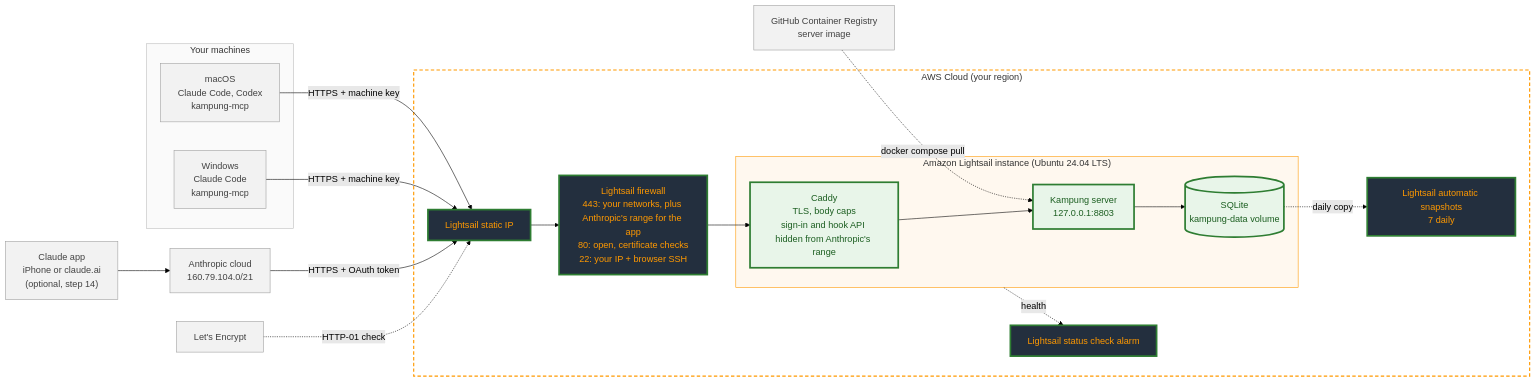
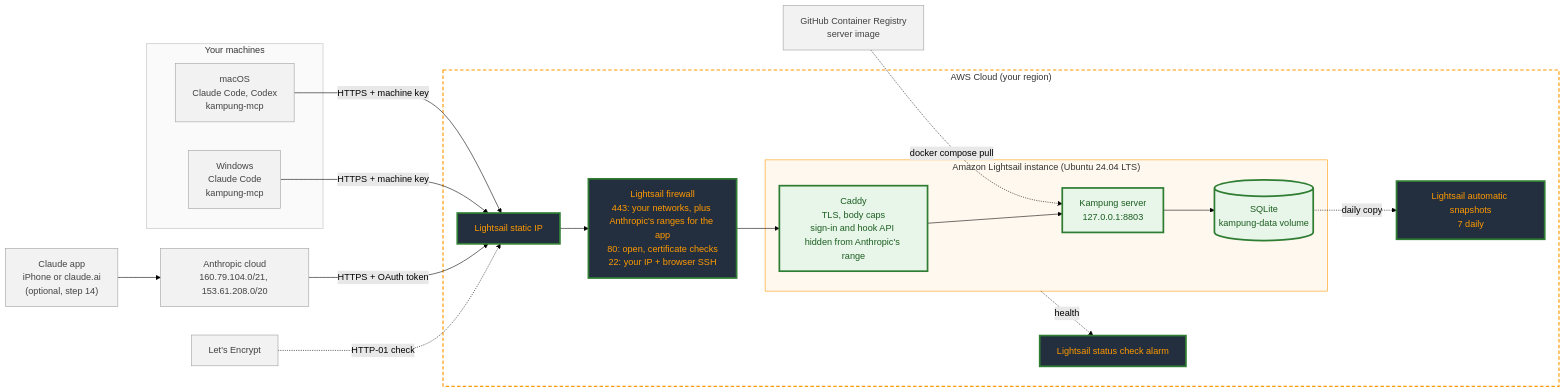
Before and after one commit to jztan/kampung-mcp: the diagram in docs/deploy-lightsail.md, drawn with Mermaid (forest theme). The commit also changed other lines of this file and 3 other files, not shown here.

Commit message:
docs, caddy: add Anthropic's second outbound range 153.61.208.0/20

````diff
--- a/docs/deploy-lightsail.md
+++ b/docs/deploy-lightsail.md
@@ -13,43 +13,43 @@
 ```mermaid
 flowchart LR
     subgraph clients["Your machines"]
         mac["macOS<br/>Claude Code, Codex<br/>kampung-mcp"]
         win["Windows<br/>Claude Code<br/>kampung-mcp"]
     end
     app["Claude app<br/>iPhone or claude.ai<br/>(optional, step 14)"]
-    anth["Anthropic cloud<br/>160.79.104.0/21"]
+    anth["Anthropic cloud<br/>160.79.104.0/21, 153.61.208.0/20"]
     le["Let's Encrypt"]
     ghcr["GitHub Container Registry<br/>server image"]
 
     subgraph aws["AWS Cloud (your region)"]
-        fw["Lightsail firewall<br/>443: your networks, plus Anthropic's range for the app<br/>80: open, certificate checks<br/>22: your IP + browser SSH"]
+        fw["Lightsail firewall<br/>443: your networks, plus Anthropic's ranges for the app<br/>80: open, certificate checks<br/>22: your IP + browser SSH"]
         ip["Lightsail static IP"]
         subgraph inst["Amazon Lightsail instance (Ubuntu 24.04 LTS)"]
             caddy["Caddy<br/>TLS, body caps<br/>sign-in and hook API hidden from Anthropic's range"]
             kampung["Kampung server<br/>127.0.0.1:8803"]
             db[("SQLite<br/>kampung-data volume")]
         end
         snap["Lightsail automatic snapshots<br/>7 daily"]
         alarm["Lightsail status check alarm"]
     end
 
     mac -- "HTTPS + machine key" --> ip
     win -- "HTTPS + machine key" --> ip
     app --> anth
     anth -- "HTTPS + OAuth token" --> ip
     le -. "HTTP-01 check" .-> ip
     ghcr -. "docker compose pull" .-> kampung
     ip --> fw --> caddy --> kampung --> db
     db -. "daily copy" .-> snap
     inst -. "health" .-> alarm
 
     classDef awsnew fill:#232F3E,color:#FF9900,stroke:#2e7d32,stroke-width:3px
     classDef appnew fill:#e8f5e9,color:#1b5e20,stroke:#2e7d32,stroke-width:3px
     classDef existing fill:#f2f2f2,color:#424242,stroke:#9e9e9e
     class fw,ip,snap,alarm awsnew
     class caddy,kampung,db appnew
     class mac,win,le,ghcr,app,anth existing
     style aws fill:#ffffff,stroke:#FF9900,stroke-width:2px,stroke-dasharray:6 4
     style inst fill:#fff8ef,stroke:#FF9900
     style clients fill:#fafafa,stroke:#bdbdbd
 ```
````
